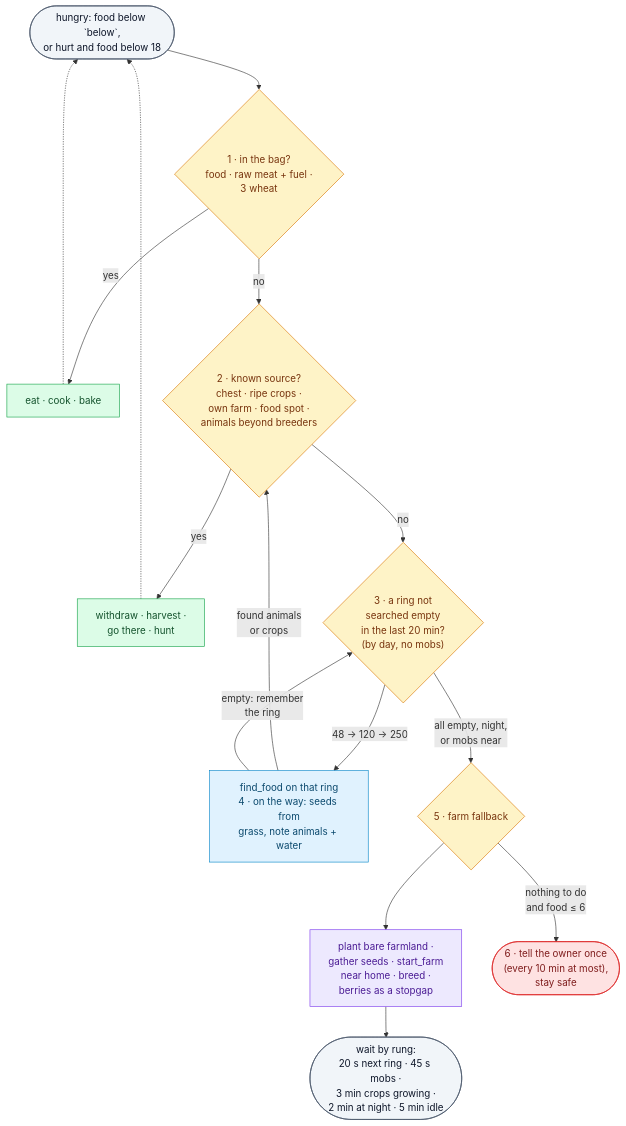
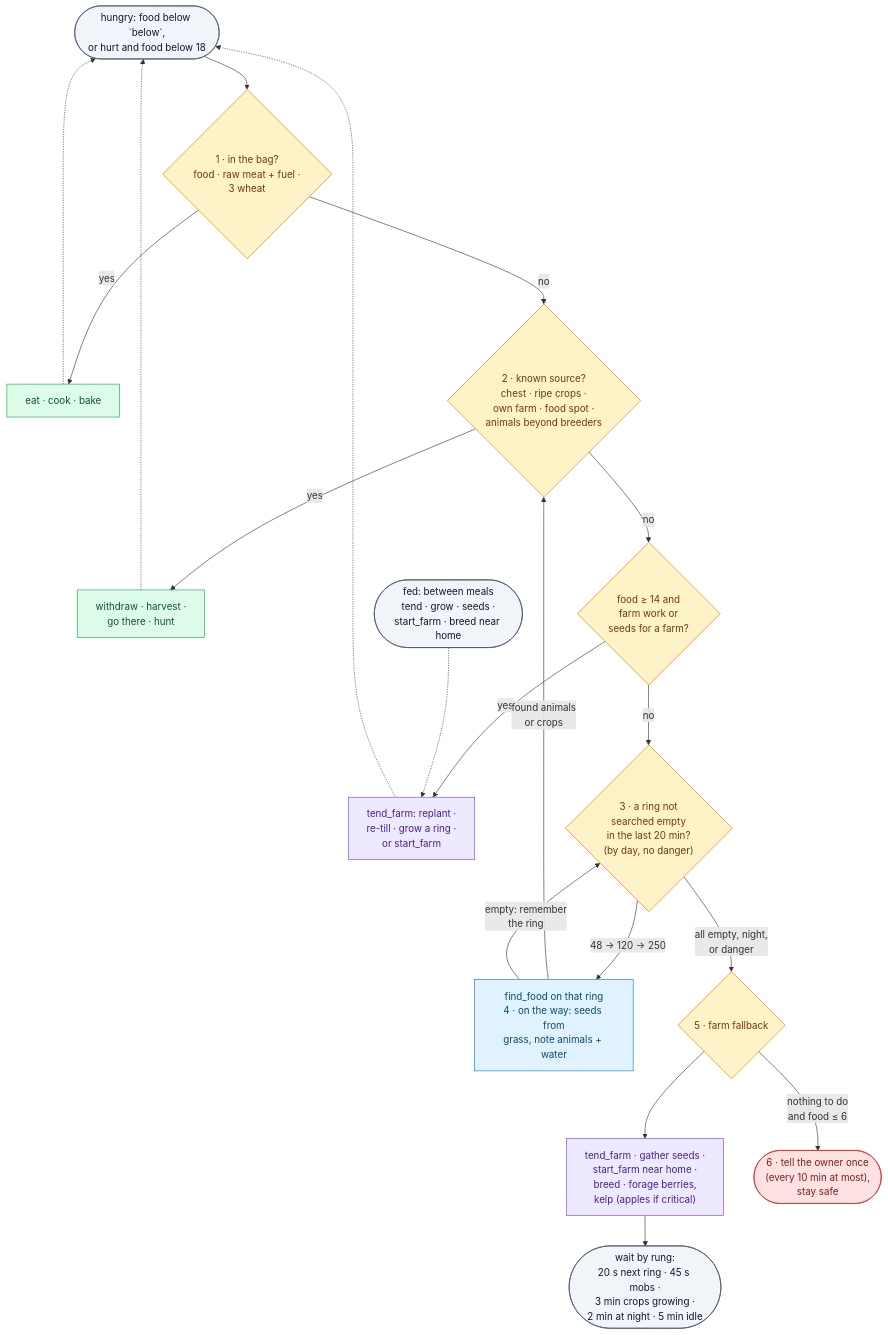
One commit to thereisnotime/golemkit changed the fourth of 4 diagrams in docs/guide/behaviors.md. Above: the diagram before and after it, drawn with Mermaid. The commit also changed other lines of this file and 3 other files, not shown here.

Commit message:
Docs and spec for farm upkeep, parallel farming, forage and danger zones

````diff
--- a/docs/guide/behaviors.md
+++ b/docs/guide/behaviors.md
@@ -449,31 +452,35 @@
 ```mermaid
 flowchart TB
   H(["hungry: food below `below`,<br/>or hurt and food below 18"]) --> R1
   R1{"1 · in the bag?<br/>food · raw meat + fuel ·<br/>3 wheat"}
   R1 -- yes --> EAT["eat · cook · bake"]
   R1 -- no --> R2{"2 · known source?<br/>chest · ripe crops ·<br/>own farm · food spot ·<br/>animals beyond breeders"}
   R2 -- yes --> KNOWN["withdraw · harvest ·<br/>go there · hunt"]
-  R2 -- no --> R3{"3 · a ring not<br/>searched empty<br/>in the last 20 min?<br/>(by day, no mobs)"}
+  R2 -- no --> R2B{"food ≥ 14 and<br/>farm work or<br/>seeds for a farm?"}
+  R2B -- yes --> GROW["tend_farm: replant ·<br/>re-till · grow a ring ·<br/>or start_farm"]
+  R2B -- no --> R3{"3 · a ring not<br/>searched empty<br/>in the last 20 min?<br/>(by day, no danger)"}
   R3 -- "48 → 120 → 250" --> SC["find_food on that ring<br/>4 · on the way: seeds from<br/>grass, note animals + water"]
   SC -- "found animals<br/>or crops" --> R2
   SC -- "empty: remember<br/>the ring" --> R3
-  R3 -- "all empty, night,<br/>or mobs near" --> R5{"5 · farm fallback"}
-  R5 --> FARM["plant bare farmland ·<br/>gather seeds · start_farm<br/>near home · breed ·<br/>berries as a stopgap"]
+  R3 -- "all empty, night,<br/>or danger" --> R5{"5 · farm fallback"}
+  R5 --> FARM["tend_farm · gather seeds ·<br/>start_farm near home ·<br/>breed · forage berries,<br/>kelp (apples if critical)"]
   FARM --> W(["wait by rung:<br/>20 s next ring · 45 s mobs ·<br/>3 min crops growing ·<br/>2 min at night · 5 min idle"])
   R5 -- "nothing to do<br/>and food ≤ 6" --> REP(["6 · tell the owner once<br/>(every 10 min at most),<br/>stay safe"])
   EAT -.-> H
   KNOWN -.-> H
+  GROW -.-> H
+  FED(["fed: between meals<br/>tend · grow · seeds ·<br/>start_farm · breed near home"]) -.-> GROW
 
   classDef trig fill:#f1f5f9,stroke:#475569,color:#0f172a
   classDef ask fill:#fef3c7,stroke:#d97706,color:#78350f
   classDef near fill:#dcfce7,stroke:#16a34a,color:#14532d
   classDef far fill:#e0f2fe,stroke:#0284c7,color:#0c4a6e
   classDef grow fill:#ede9fe,stroke:#7c3aed,color:#4c1d95
   classDef stop fill:#fee2e2,stroke:#dc2626,color:#7f1d1d
-  class H,W trig
-  class R1,R2,R3,R5 ask
+  class H,W,FED trig
+  class R1,R2,R2B,R3,R5 ask
   class EAT,KNOWN near
   class SC far
-  class FARM grow
+  class FARM,GROW grow
   class REP stop
 ```
````
